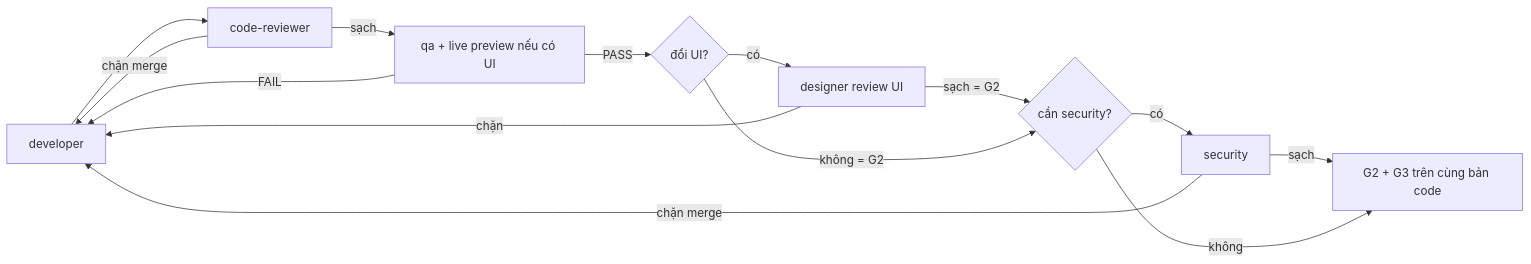
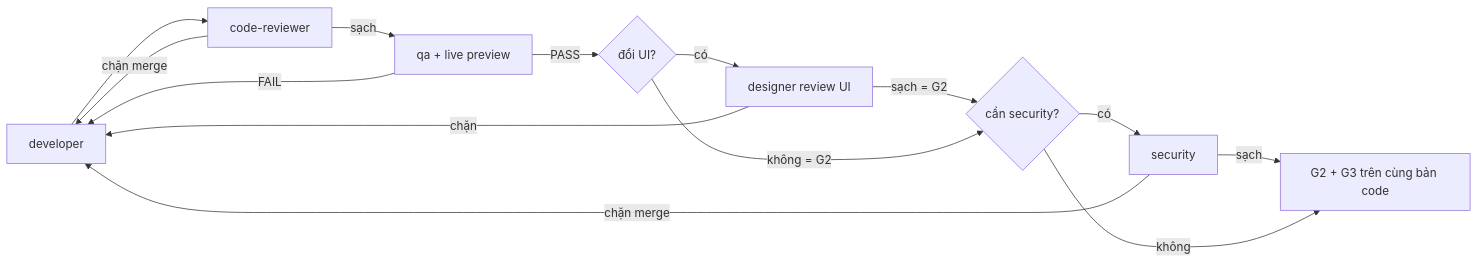
Before and after one commit to Tuan-Quyen/technical-teams: the second of 4 diagrams in README.md, drawn with Mermaid. The commit also changed other lines of this file and 19 other files, not shown here.

First line of the commit message:
Make live-preview cover every product type, not only web apps

````diff
--- a/README.md
+++ b/README.md
@@ -182,16 +182,16 @@
 ```mermaid
 flowchart LR
   D[developer] --> CR[code-reviewer]
   CR -- chặn merge --> D
-  CR -- sạch --> Q[qa + live preview nếu có UI]
+  CR -- sạch --> Q[qa + live preview]
   Q -- FAIL --> D
   Q -- PASS --> U{đổi UI?}
   U -- có --> DR[designer review UI]
   DR -- chặn --> D
   DR -- sạch = G2 --> S
   U -- không = G2 --> S{cần security?}
   S -- có --> SEC[security]
   SEC -- chặn merge --> D
   SEC -- sạch --> X[G2 + G3 trên cùng bản code]
   S -- không --> X
 ```
````
